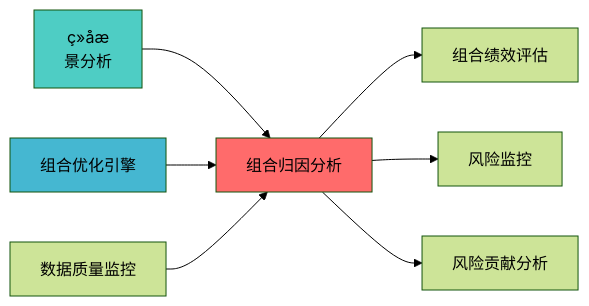
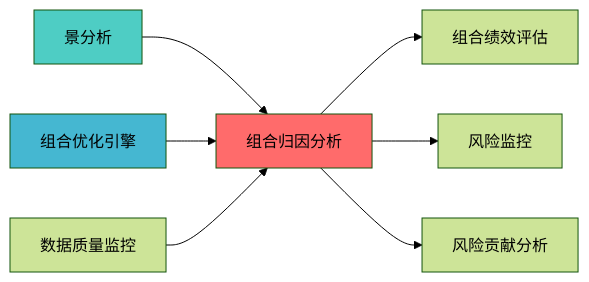
The diagram in docs/05_IMPLEMENTATION/06_CONSTRUCTION_DOCS/01_BLUEPRINTS/PORTFOLIO_ATTRIBUTION_BLUEPRINT.md (xuanFelixVan/ZephyrAlpha), drawn with Mermaid (forest theme) before and after one commit. The commit also changed other lines of this file and 587 other files, not shown here.

````diff
--- a/docs/05_IMPLEMENTATION/06_CONSTRUCTION_DOCS/01_BLUEPRINTS/PORTFOLIO_ATTRIBUTION_BLUEPRINT.md
+++ b/docs/05_IMPLEMENTATION/06_CONSTRUCTION_DOCS/01_BLUEPRINTS/PORTFOLIO_ATTRIBUTION_BLUEPRINT.md
@@ -129,15 +128,15 @@
 ```mermaid
 graph LR
-    A[ç»åæ
+A[
 景分析] --> B[组合归因分析]
     C[组合优化引擎] --> B
     D[数据质量监控] --> B
     
     B --> E[组合绩效评估]
     B --> F[风险监控]
     B --> G[风险贡献分析]
     
     style B fill:#ff6b6b
     style A fill:#4ecdc4
     style C fill:#45b7d1
 ```
````
